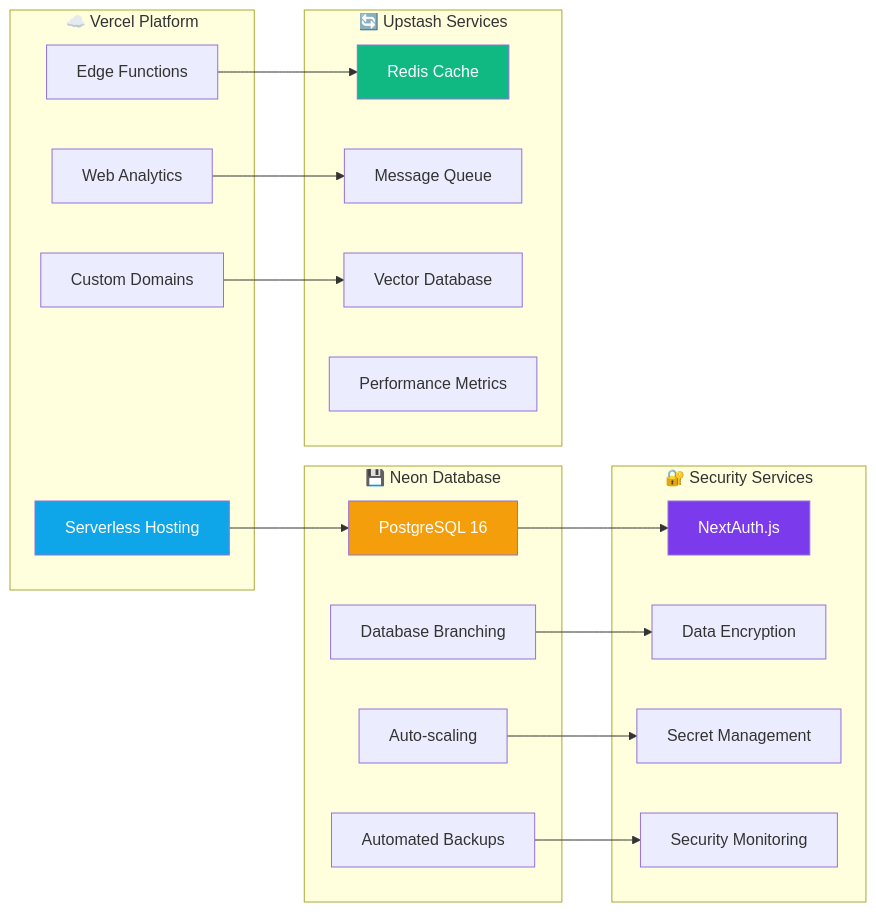
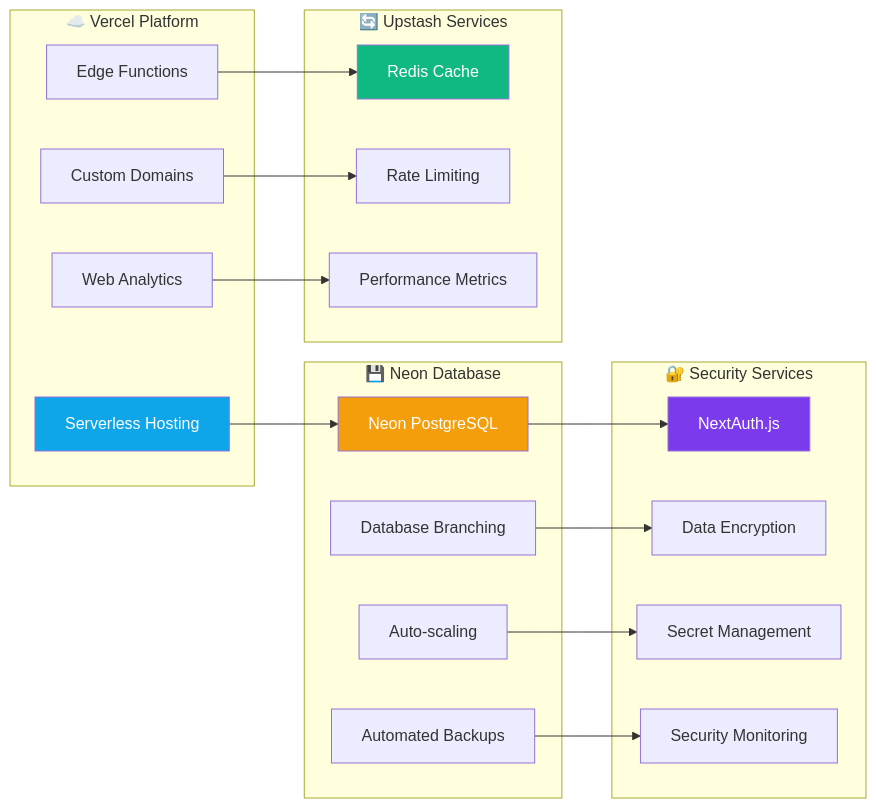
The second of 4 diagrams in docs/processes/deployment.md (BjornMelin/contribux), drawn with Mermaid before and after one commit. The commit also changed other lines of this file and 79 other files, not shown here.

````diff
--- a/docs/processes/deployment.md
+++ b/docs/processes/deployment.md
@@ -107,45 +107,44 @@
 ```mermaid
 graph LR
     subgraph "☁️ Vercel Platform"
         Hosting[Serverless Hosting]
         Functions[Edge Functions]
         Analytics[Web Analytics]
         Domains[Custom Domains]
     end
     
     subgraph "💾 Neon Database"
-        PostgreSQL[PostgreSQL 16]
+        PostgreSQL[Neon PostgreSQL]
         Branching[Database Branching]
         Scaling[Auto-scaling]
         Backup[Automated Backups]
     end
     
     subgraph "🔄 Upstash Services"
         Redis[Redis Cache]
-        QStash[Message Queue]
-        Vector[Vector Database]
+        RateLimit[Rate Limiting]
         Metrics[Performance Metrics]
     end
     
     subgraph "🔐 Security Services"
         Auth[NextAuth.js]
         Encryption[Data Encryption]
         Secrets[Secret Management]
         Monitoring[Security Monitoring]
     end
     
     Hosting --> PostgreSQL
     Functions --> Redis
-    Analytics --> QStash
-    Domains --> Vector
+    Analytics --> Metrics
+    Domains --> RateLimit
     
     PostgreSQL --> Auth
     Branching --> Encryption
     Scaling --> Secrets
     Backup --> Monitoring
     
     style Hosting fill:#0EA5E9,color:#fff
     style PostgreSQL fill:#F59E0B,color:#fff
     style Redis fill:#10B981,color:#fff
     style Auth fill:#7C3AED,color:#fff
 ```
````
